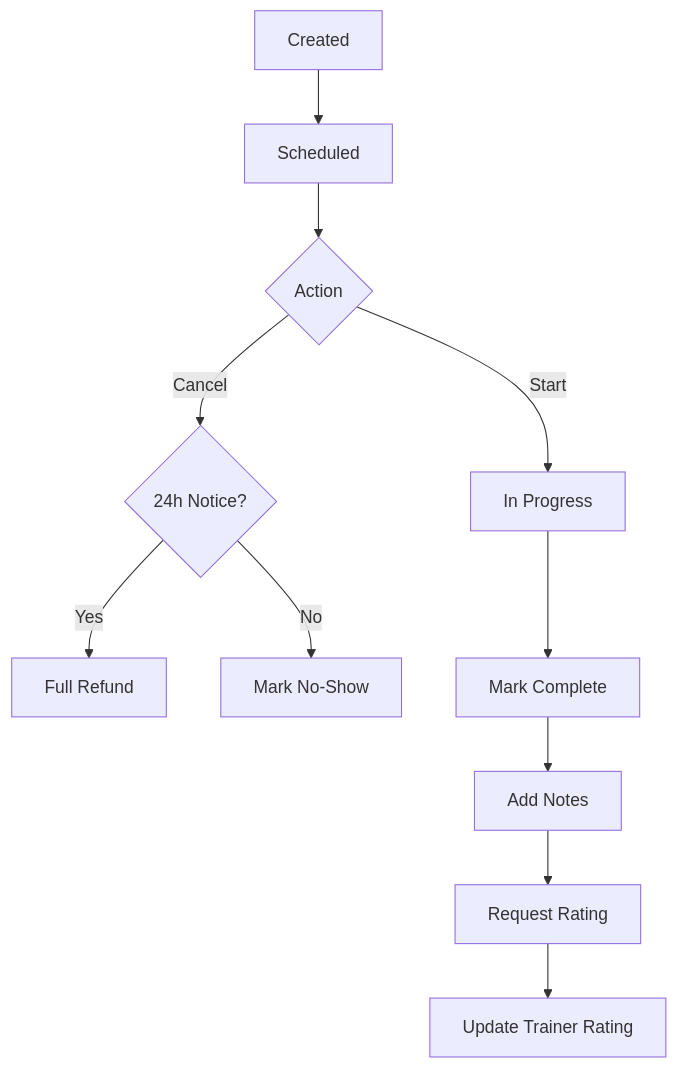
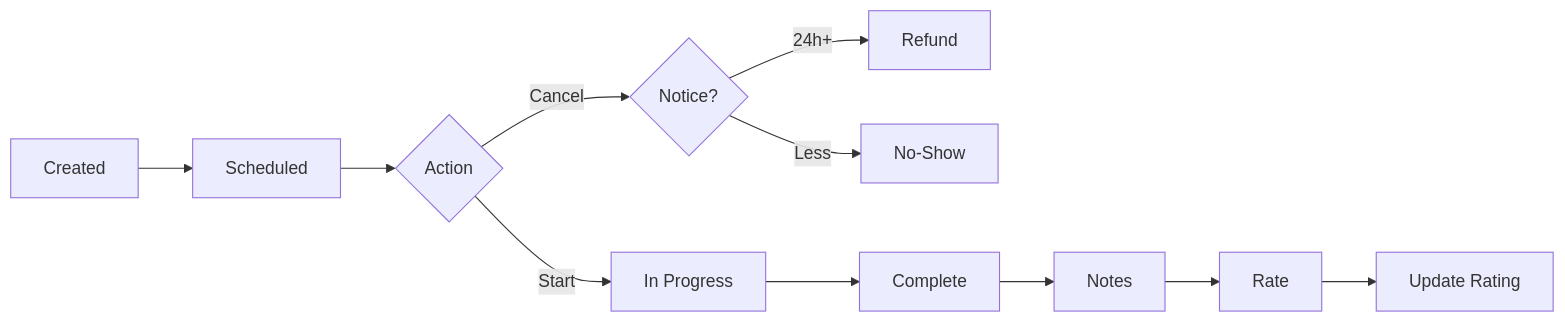
One commit to coded-with-aryan0426/gym-management-system-fullstack changed the eighth of 14 diagrams in docs/workflows.md. Above: the diagram before and after it, drawn with Mermaid. The commit also changed other lines of this file and 16 other files, not shown here.

````diff
--- a/docs/workflows.md
+++ b/docs/workflows.md
@@ -145,13 +155,13 @@
 ```mermaid
-flowchart TB
+flowchart LR
     A[Created] --> B[Scheduled]
     B --> C{Action}
-    C -->|Cancel| D{24h Notice?}
-    D -->|Yes| E[Full Refund]
-    D -->|No| F[Mark No-Show]
+    C -->|Cancel| D{Notice?}
+    D -->|24h+| E[Refund]
+    D -->|Less| F[No-Show]
     C -->|Start| G[In Progress]
-    G --> H[Mark Complete]
-    H --> I[Add Notes]
-    I --> J[Request Rating]
-    J --> K[Update Trainer Rating]
+    G --> H[Complete]
+    H --> I[Notes]
+    I --> J[Rate]
+    J --> K[Update Rating]
 ```
````
